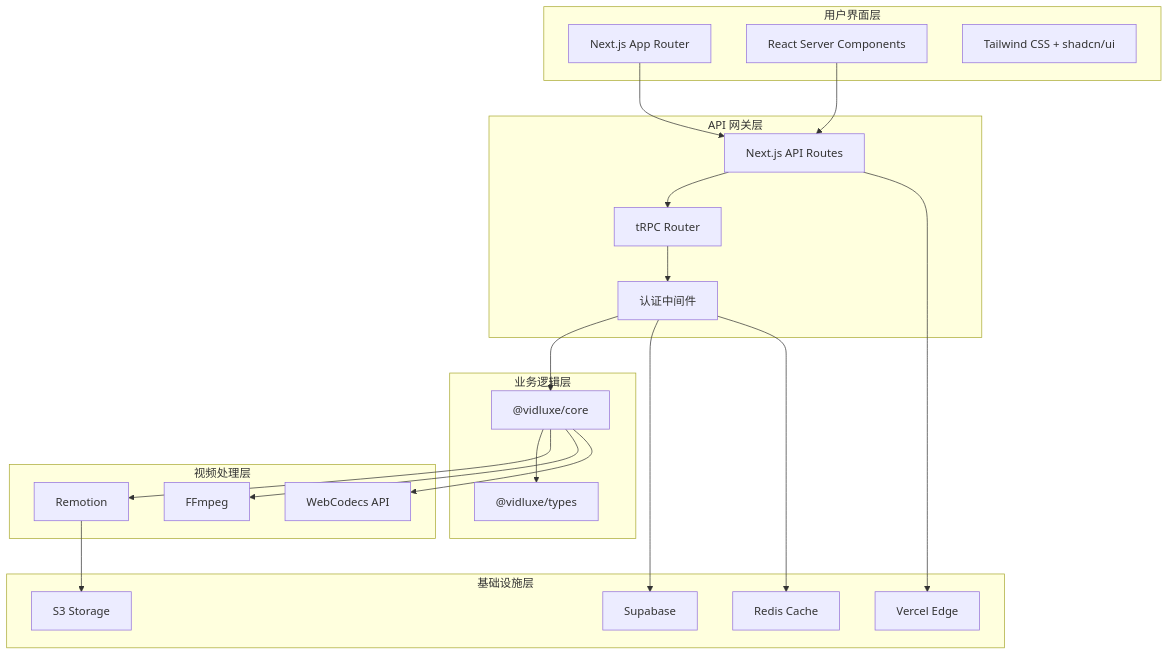
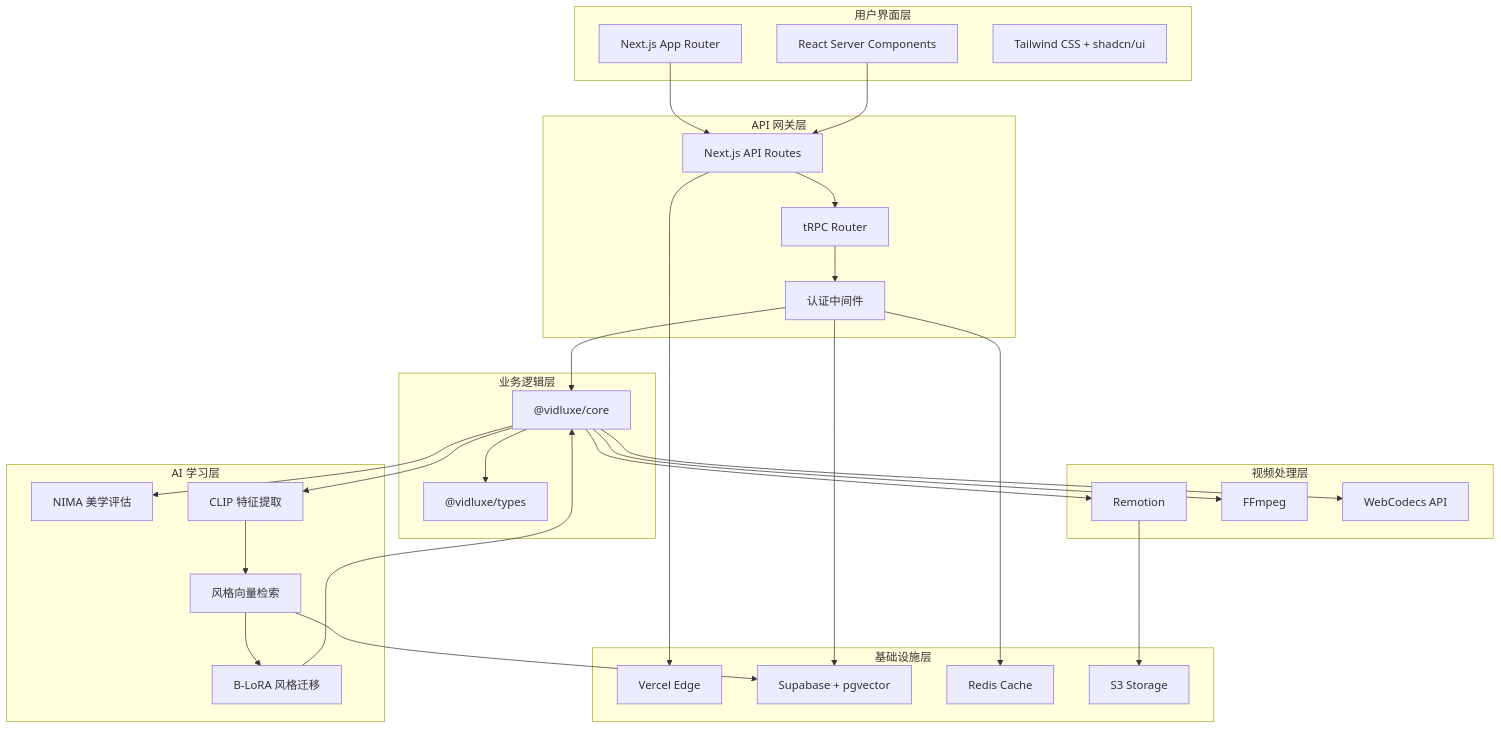
One commit to w932635477-bit/VidLuxe- changed the first of 3 diagrams in docs/ARCHITECTURE.md. Above: the diagram before and after it, drawn with Mermaid. The commit also changed other lines of this file and 4 other files, not shown here.

````diff
--- a/docs/ARCHITECTURE.md
+++ b/docs/ARCHITECTURE.md
@@ -7,46 +7,59 @@
 ```mermaid
 graph TB
     subgraph "用户界面层"
         A[Next.js App Router]
         B[React Server Components]
         C[Tailwind CSS + shadcn/ui]
     end
 
     subgraph "API 网关层"
         D[Next.js API Routes]
         E[tRPC Router]
         F[认证中间件]
     end
 
     subgraph "业务逻辑层"
         G["@vidluxe/core"]
         H["@vidluxe/types"]
     end
 
+    subgraph "AI 学习层"
+        IA[NIMA 美学评估]
+        IB[CLIP 特征提取]
+        IC[风格向量检索]
+        ID[B-LoRA 风格迁移]
+    end
+
     subgraph "视频处理层"
         I[Remotion]
         J[FFmpeg]
         K[WebCodecs API]
     end
 
     subgraph "基础设施层"
         L[Vercel Edge]
-        M[Supabase]
+        M[Supabase + pgvector]
         N[Redis Cache]
         O[S3 Storage]
     end
 
     A --> D
     B --> D
     D --> E
     E --> F
     F --> G
     G --> H
+    G --> IA
+    G --> IB
+    IB --> IC
+    IC --> ID
+    ID --> G
     G --> I
     G --> J
     G --> K
     D --> L
     F --> M
     F --> N
+    IC --> M
     I --> O
 ```
````
